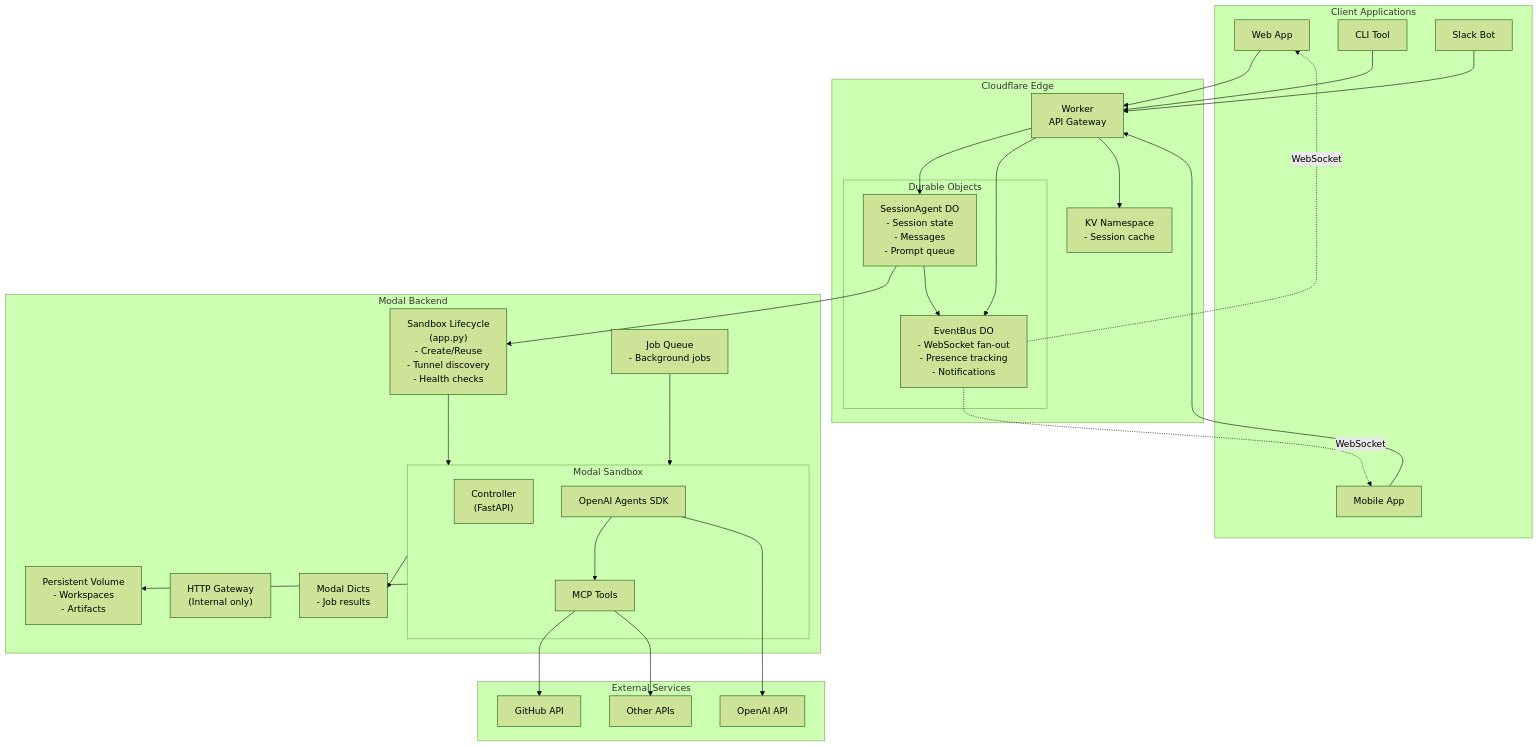
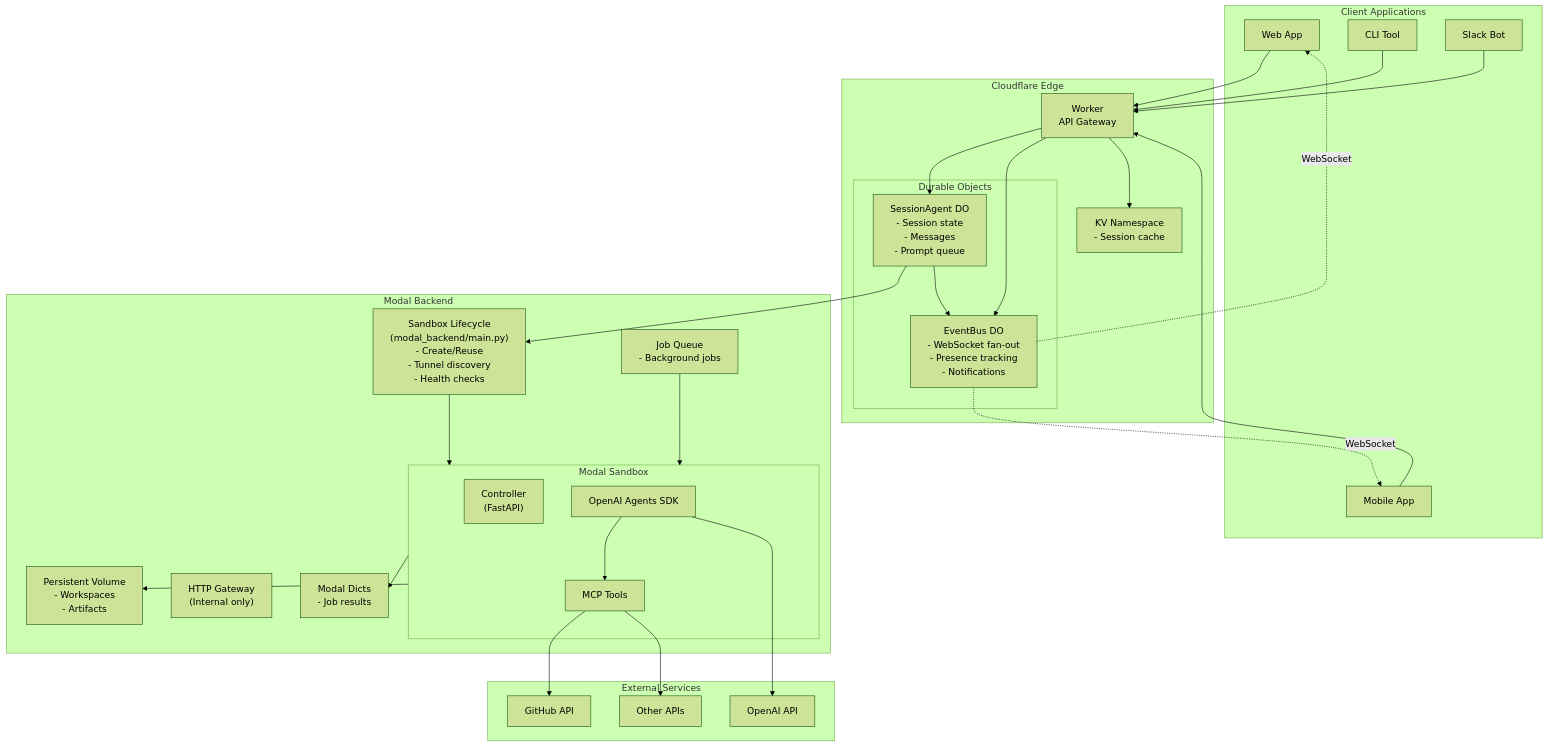
The first of 5 diagrams in docs/design-docs/cloudflare-hybrid-architecture.md (ibby-ai/rafiki), drawn with Mermaid (forest theme) before and after one commit. The commit also changed other lines of this file and 12 other files, not shown here.

First line of the commit message:
Update docs: references, architecture, and quality/reliability/security scores

````diff
--- a/docs/design-docs/cloudflare-hybrid-architecture.md
+++ b/docs/design-docs/cloudflare-hybrid-architecture.md
@@ -7,67 +7,67 @@
 ```mermaid
 flowchart TB
     subgraph Client["Client Applications"]
         WebApp["Web App"]
         Mobile["Mobile App"]
         CLI["CLI Tool"]
         Slack["Slack Bot"]
     end
 
     subgraph Cloudflare["Cloudflare Edge"]
         Worker["Worker<br/>API Gateway"]
 
         subgraph DurableObjects["Durable Objects"]
             SessionDO["SessionAgent DO<br/>- Session state<br/>- Messages<br/>- Prompt queue"]
             EventBusDO["EventBus DO<br/>- WebSocket fan-out<br/>- Presence tracking<br/>- Notifications"]
         end
 
         KV["KV Namespace<br/>- Session cache"]
     end
 
     subgraph Modal["Modal Backend"]
         Gateway["HTTP Gateway<br/>(Internal only)"]
 
-        SandboxMgr["Sandbox Lifecycle<br/>(app.py)<br/>- Create/Reuse<br/>- Tunnel discovery<br/>- Health checks"]
+        SandboxMgr["Sandbox Lifecycle<br/>(modal_backend/main.py)<br/>- Create/Reuse<br/>- Tunnel discovery<br/>- Health checks"]
 
         subgraph Sandbox["Modal Sandbox"]
             Controller["Controller<br/>(FastAPI)"]
             AgentSDK["OpenAI Agents SDK"]
             Tools["MCP Tools"]
         end
 
         Volume["Persistent Volume<br/>- Workspaces<br/>- Artifacts"]
         Queue["Job Queue<br/>- Background jobs"]
         Dict["Modal Dicts<br/>- Job results"]
     end
 
     subgraph External["External Services"]
         OpenAI["OpenAI API"]
         GitHub["GitHub API"]
         Other["Other APIs"]
     end
 
     WebApp --> Worker
     Mobile --> Worker
     CLI --> Worker
     Slack --> Worker
 
     Worker --> SessionDO
     Worker --> EventBusDO
     Worker --> KV
 
     SessionDO --> SandboxMgr
     SessionDO --> EventBusDO
 
     EventBusDO -.WebSocket.-> WebApp
     EventBusDO -.WebSocket.-> Mobile
 
     SandboxMgr --> Sandbox
     Sandbox --> Volume
     Queue --> Sandbox
     Sandbox --> Dict
 
     AgentSDK --> Tools
     AgentSDK --> OpenAI
     Tools --> GitHub
     Tools --> Other
 ```
````
